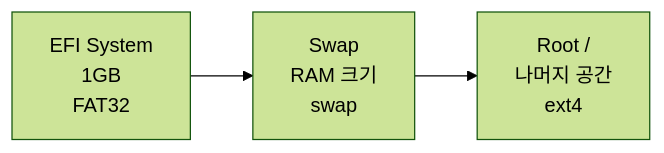
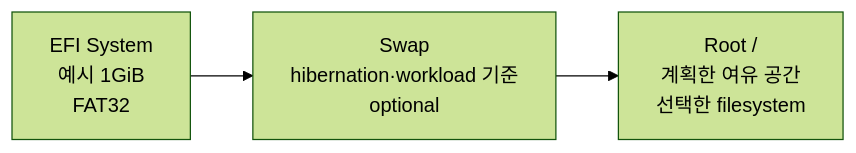
The third of 5 diagrams in content/docs/linux/arch/installation.md (choisimo/document), drawn with Mermaid (forest theme) before and after one commit. The commit also changed other lines of this file and 504 other files, not shown here.

````diff
--- a/content/docs/linux/arch/installation.md
+++ b/content/docs/linux/arch/installation.md
@@ -171,4 +178,4 @@
 ```mermaid
 graph LR
-    A[EFI System<br/>1GB<br/>FAT32] --> B[Swap<br/>RAM 크기<br/>swap] --> C[Root /<br/>나머지 공간<br/>ext4]
+    A[EFI System<br/>예시 1GiB<br/>FAT32] --> B[Swap<br/>hibernation·workload 기준<br/>optional] --> C[Root /<br/>계획한 여유 공간<br/>선택한 filesystem]
 ```
````
